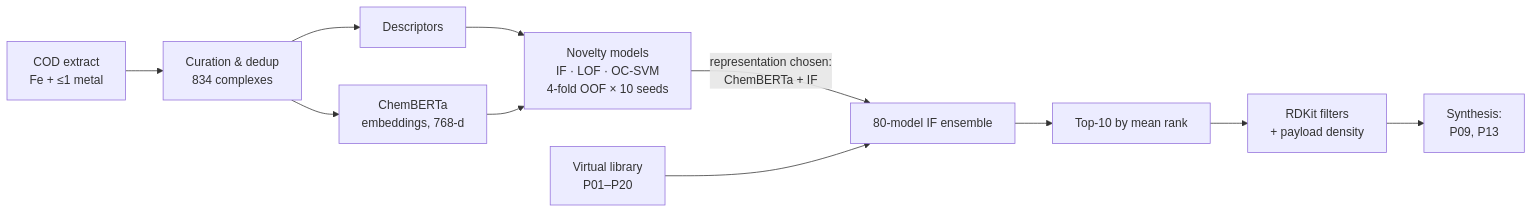
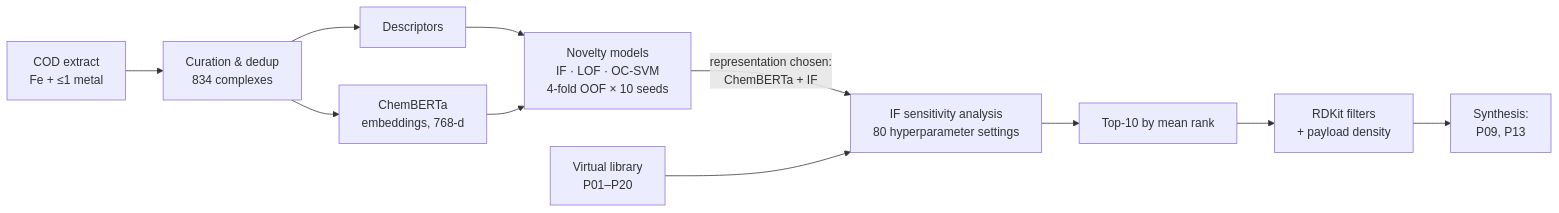
Before and after one commit to KurbanovDavid777/FELINA: the diagram in README.md, drawn with Mermaid. The commit also changed other lines of this file, not shown here.

````diff
--- a/README.md
+++ b/README.md
@@ -38,12 +38,12 @@
 ```mermaid
 flowchart LR
     A[COD extract<br/>Fe + ≤1 metal] --> B[Curation & dedup<br/>834 complexes]
     B --> C1[Descriptors]
     B --> C2[ChemBERTa<br/>embeddings, 768-d]
     C1 & C2 --> D[Novelty models<br/>IF · LOF · OC-SVM<br/>4-fold OOF × 10 seeds]
-    D -->|representation chosen:<br/>ChemBERTa + IF| E[80-model IF ensemble]
+    D -->|representation chosen:<br/>ChemBERTa + IF| E[IF sensitivity analysis<br/>80 hyperparameter settings]
     L[Virtual library<br/>P01–P20] --> E
     E --> F[Top-10 by mean rank]
     F --> G[RDKit filters<br/>+ payload density]
     G --> H[Synthesis:<br/>P09, P13]
 ```
````
